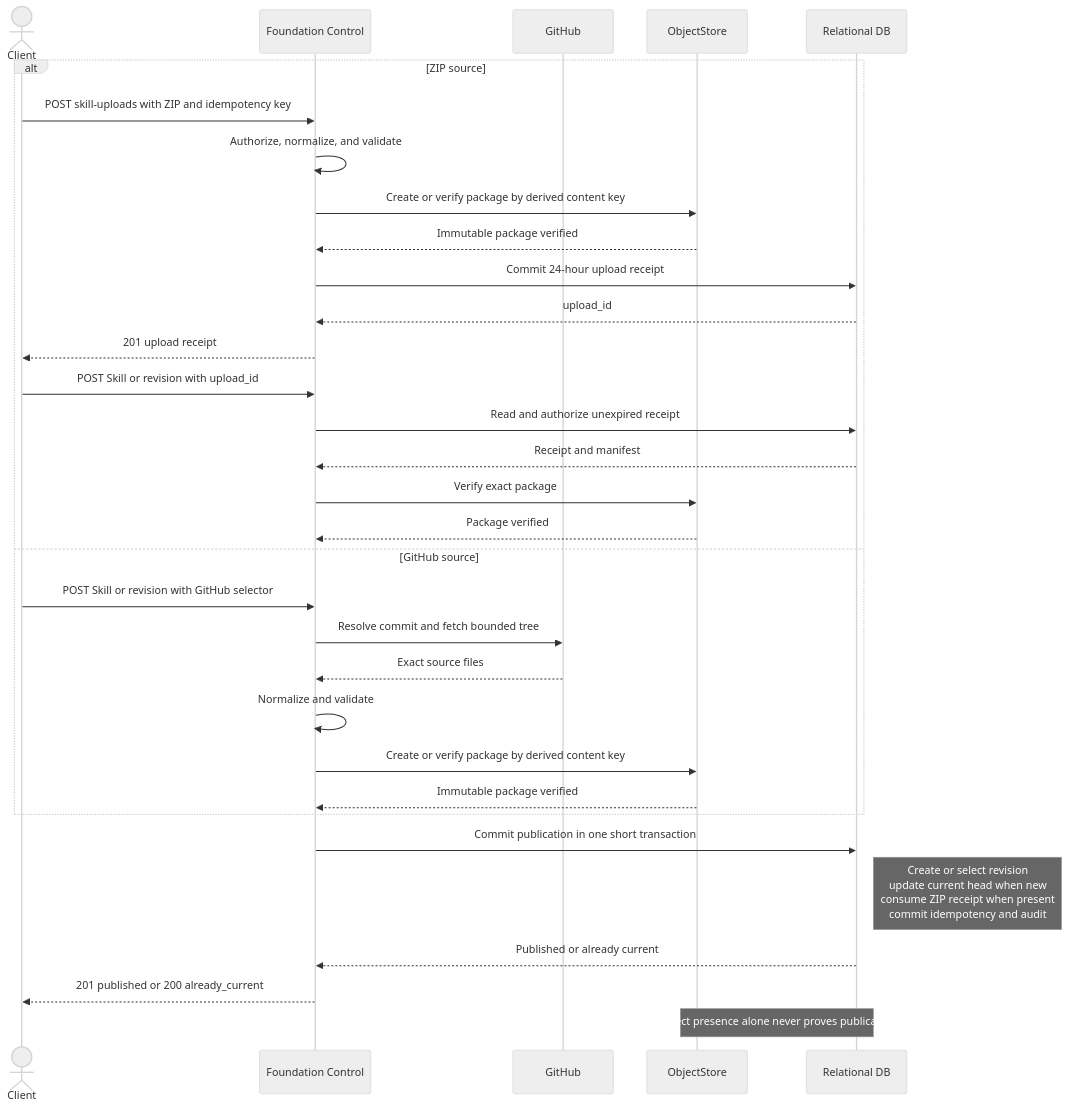
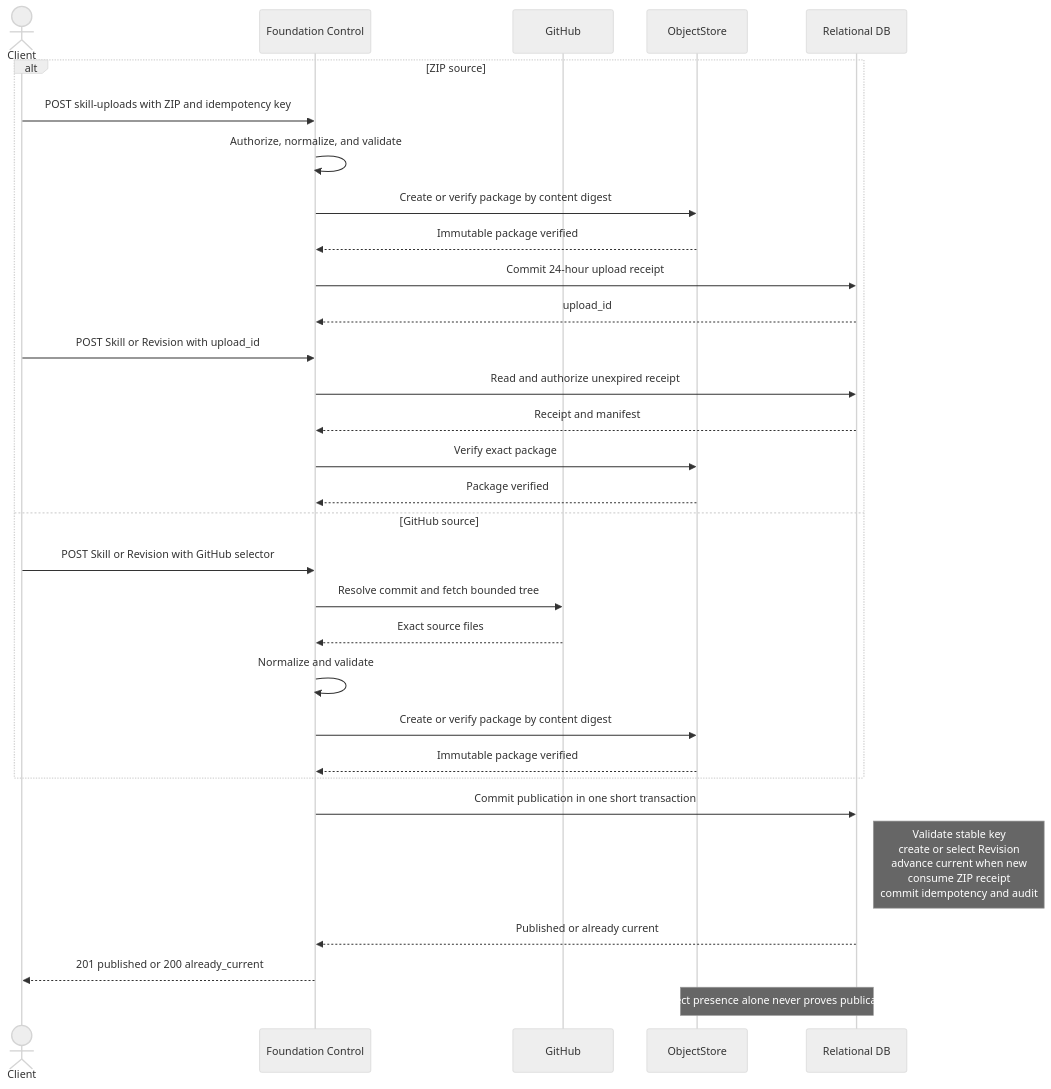
One commit to LTThreeComma/agent-foundation changed the diagram in spec/foundation-service/31-skill-management.md. Above: the diagram before and after it, drawn with Mermaid (neutral theme). The commit also changed other lines of this file and 44 other files, not shown here.

````diff
--- a/spec/foundation-service/31-skill-management.md
+++ b/spec/foundation-service/31-skill-management.md
@@ -211,37 +261,36 @@
 ```mermaid
 sequenceDiagram
     actor Client
     participant Control as Foundation Control
     participant GitHub
     participant Objects as ObjectStore
     participant DB as Relational DB
 
     alt ZIP source
         Client->>Control: POST skill-uploads with ZIP and idempotency key
         Control->>Control: Authorize, normalize, and validate
-        Control->>Objects: Create or verify package by derived content key
+        Control->>Objects: Create or verify package by content digest
         Objects-->>Control: Immutable package verified
         Control->>DB: Commit 24-hour upload receipt
         DB-->>Control: upload_id
-        Control-->>Client: 201 upload receipt
-        Client->>Control: POST Skill or revision with upload_id
+        Client->>Control: POST Skill or Revision with upload_id
         Control->>DB: Read and authorize unexpired receipt
         DB-->>Control: Receipt and manifest
         Control->>Objects: Verify exact package
         Objects-->>Control: Package verified
     else GitHub source
-        Client->>Control: POST Skill or revision with GitHub selector
+        Client->>Control: POST Skill or Revision with GitHub selector
         Control->>GitHub: Resolve commit and fetch bounded tree
         GitHub-->>Control: Exact source files
         Control->>Control: Normalize and validate
-        Control->>Objects: Create or verify package by derived content key
+        Control->>Objects: Create or verify package by content digest
         Objects-->>Control: Immutable package verified
     end
 
     Control->>DB: Commit publication in one short transaction
-    Note right of DB: Create or select revision<br/>update current head when new<br/>consume ZIP receipt when present<br/>commit idempotency and audit
+    Note right of DB: Validate stable key<br/>create or select Revision<br/>advance current when new<br/>consume ZIP receipt<br/>commit idempotency and audit
     DB-->>Control: Published or already current
     Control-->>Client: 201 published or 200 already_current
 
     Note over Objects,DB: Object presence alone never proves publication
 ```
````
